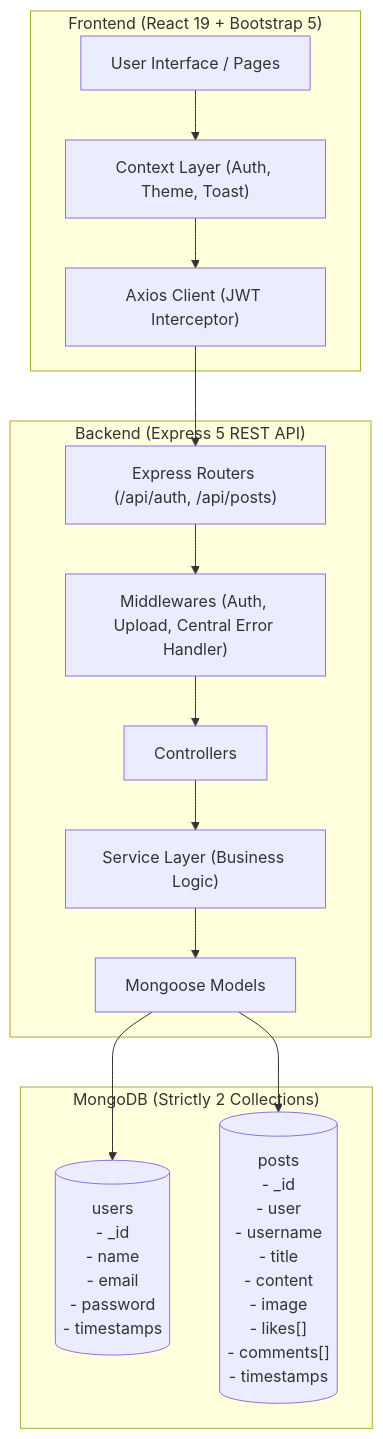
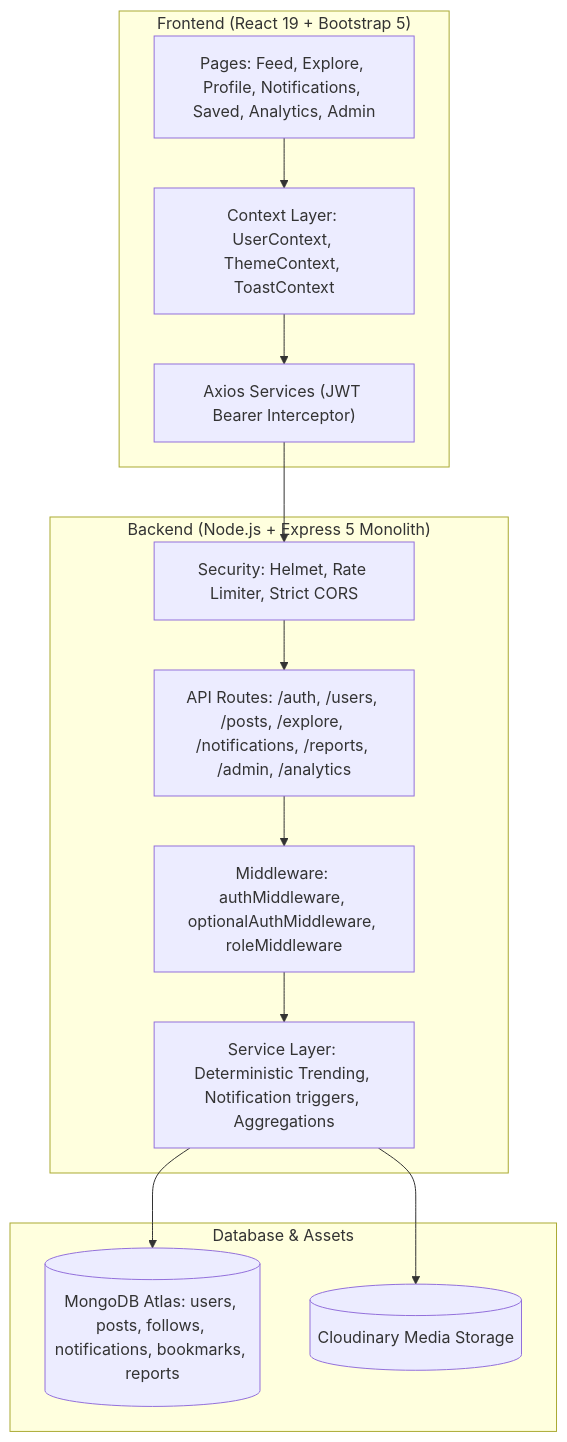
Before and after one commit to naina766/PostDashboardApp: the diagram in README.md, drawn with Mermaid. The commit also changed other lines of this file and 3 other files, not shown here.

Commit message:
docs: add API and architecture documentation

````diff
--- a/README.md
+++ b/README.md
@@ -66,30 +97,29 @@
 ```mermaid
 flowchart TD
     subgraph Client["Frontend (React 19 + Bootstrap 5)"]
-        UI["User Interface / Pages"]
-        Ctx["Context Layer (Auth, Theme, Toast)"]
-        Axios["Axios Client (JWT Interceptor)"]
-        UI --> Ctx --> Axios
+        UI["Pages: Feed, Explore, Profile, Notifications, Saved, Analytics, Admin"]
+        Context["Context Layer: UserContext, ThemeContext, ToastContext"]
+        Services["Axios Services (JWT Bearer Interceptor)"]
     end
 
-    subgraph Server["Backend (Express 5 REST API)"]
-        Router["Express Routers (/api/auth, /api/posts)"]
-        MW["Middlewares (Auth, Upload, Central Error Handler)"]
-        Ctrl["Controllers"]
-        Svc["Service Layer (Business Logic)"]
-        Mongoose["Mongoose Models"]
-        
-        Axios --> Router
-        Router --> MW
-        MW --> Ctrl
-        Ctrl --> Svc
-        Svc --> Mongoose
+    subgraph Server["Backend (Node.js + Express 5 Monolith)"]
+        Security["Security: Helmet, Rate Limiter, Strict CORS"]
+        Routes["API Routes: /auth, /users, /posts, /explore, /notifications, /reports, /admin, /analytics"]
+        AuthMW["Middleware: authMiddleware, optionalAuthMiddleware, roleMiddleware"]
+        ServicesBackend["Service Layer: Deterministic Trending, Notification triggers, Aggregations"]
     end
 
-    subgraph Database["MongoDB (Strictly 2 Collections)"]
-        Users[("users\n- _id\n- name\n- email\n- password\n- timestamps")]
-        Posts[("posts\n- _id\n- user\n- username\n- title\n- content\n- image\n- likes[]\n- comments[]\n- timestamps")]
-        Mongoose --> Users
-        Mongoose --> Posts
+    subgraph Storage["Database & Assets"]
+        Mongo[("MongoDB Atlas: users, posts, follows, notifications, bookmarks, reports")]
+        Cloudinary[("Cloudinary Media Storage")]
     end
+
+    UI --> Context
+    Context --> Services
+    Services --> Security
+    Security --> Routes
+    Routes --> AuthMW
+    AuthMW --> ServicesBackend
+    ServicesBackend --> Mongo
+    ServicesBackend --> Cloudinary
 ```
````
